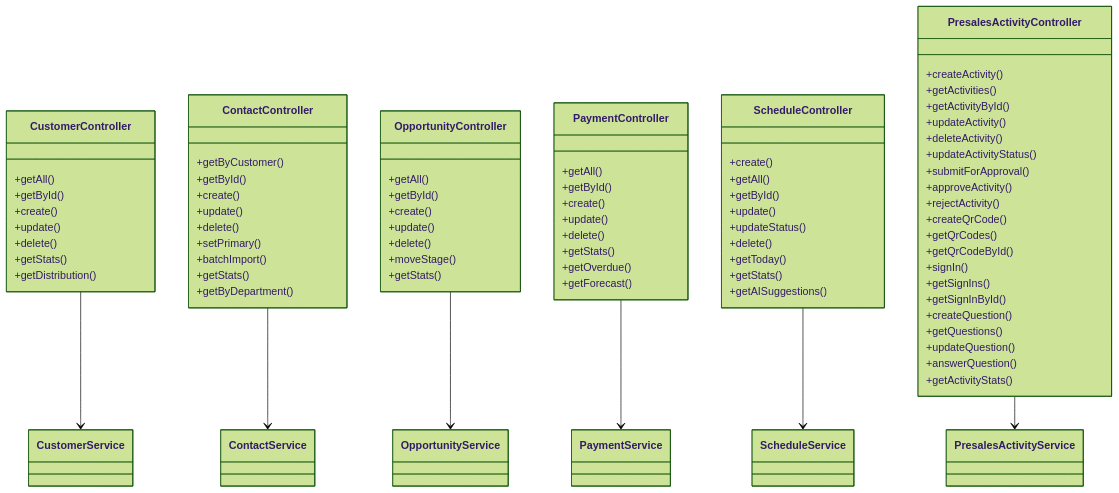
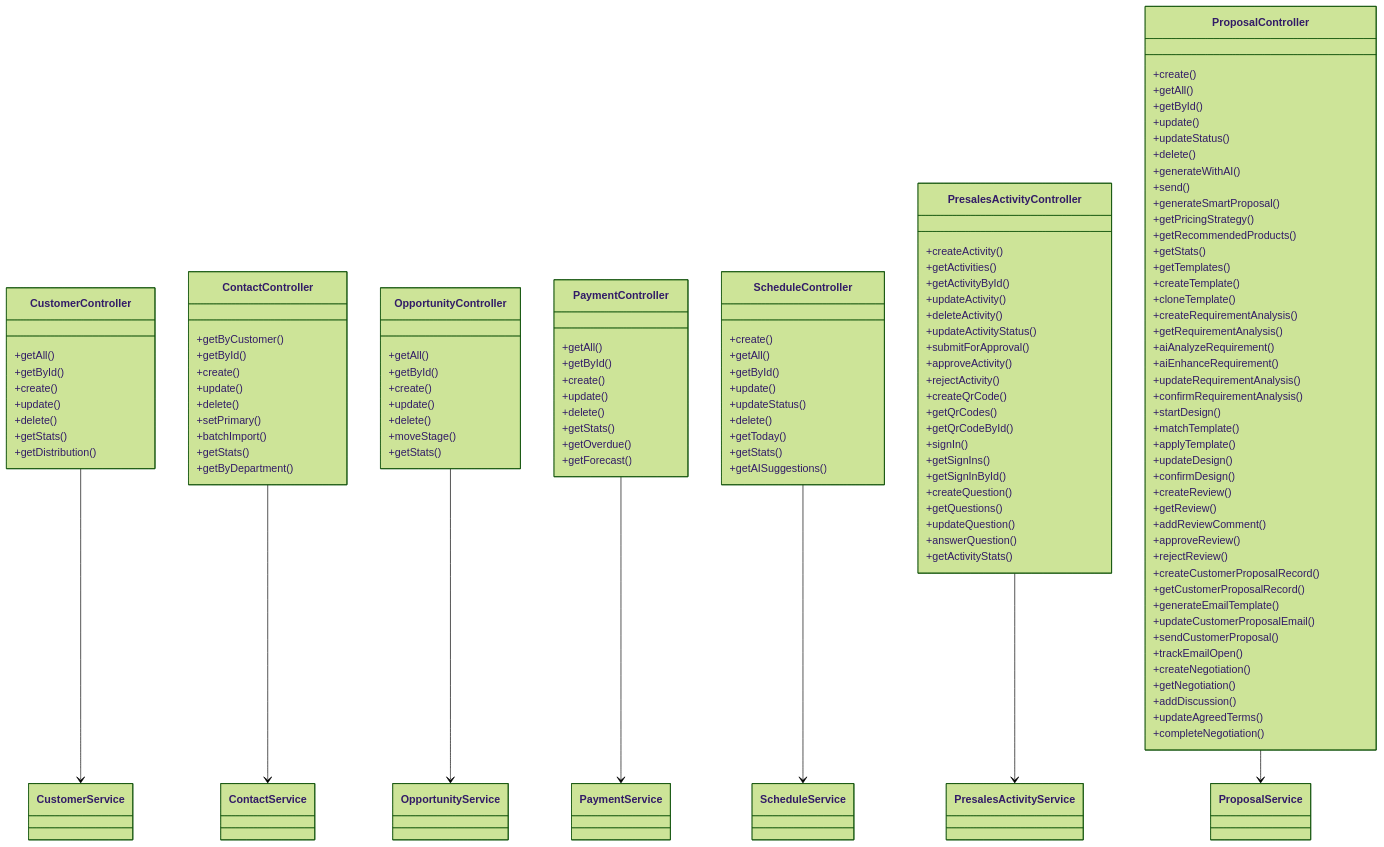
Before and after one commit to xianjianshenqu/SalesFlow-CRM: diagram 23 of 24 in .qoder/repowiki/zh/content/Database Schema.md, drawn with Mermaid (forest theme). The commit also changed other lines of this file and 13 other files, not shown here.

````diff
--- a/.qoder/repowiki/zh/content/Database Schema.md
+++ b/.qoder/repowiki/zh/content/Database Schema.md
@@ -865,10 +1106,55 @@
 +answerQuestion()
 +getActivityStats()
 }
+class ProposalController {
++create()
++getAll()
++getById()
++update()
++updateStatus()
++delete()
++generateWithAI()
++send()
++generateSmartProposal()
++getPricingStrategy()
++getRecommendedProducts()
++getStats()
++getTemplates()
++createTemplate()
++cloneTemplate()
++createRequirementAnalysis()
++getRequirementAnalysis()
++aiAnalyzeRequirement()
++aiEnhanceRequirement()
++updateRequirementAnalysis()
++confirmRequirementAnalysis()
++startDesign()
++matchTemplate()
++applyTemplate()
++updateDesign()
++confirmDesign()
++createReview()
++getReview()
++addReviewComment()
++approveReview()
++rejectReview()
++createCustomerProposalRecord()
++getCustomerProposalRecord()
++generateEmailTemplate()
++updateCustomerProposalEmail()
++sendCustomerProposal()
++trackEmailOpen()
++createNegotiation()
++getNegotiation()
++addDiscussion()
++updateAgreedTerms()
++completeNegotiation()
+}
 CustomerController --> CustomerService
 ContactController --> ContactService
 OpportunityController --> OpportunityService
 PaymentController --> PaymentService
 ScheduleController --> ScheduleService
 PresalesActivityController --> PresalesActivityService
+ProposalController --> ProposalService
 ```
````
